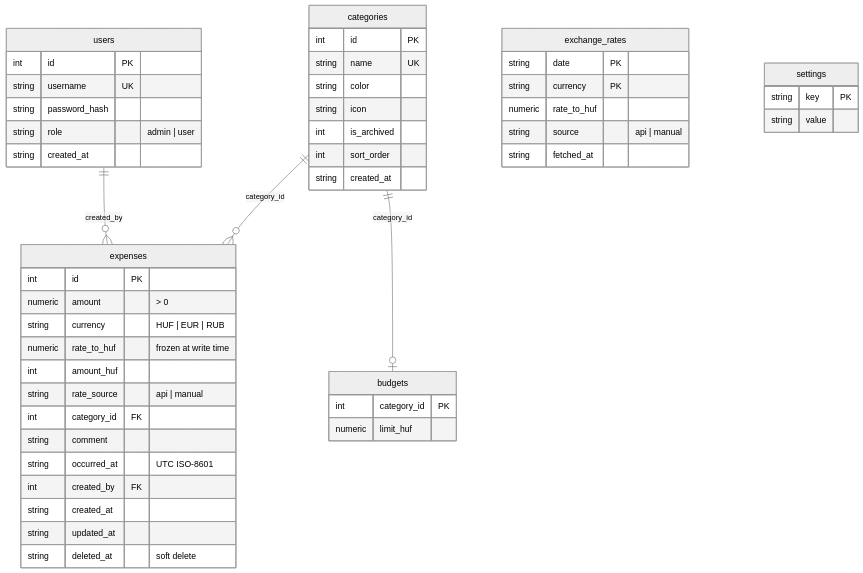
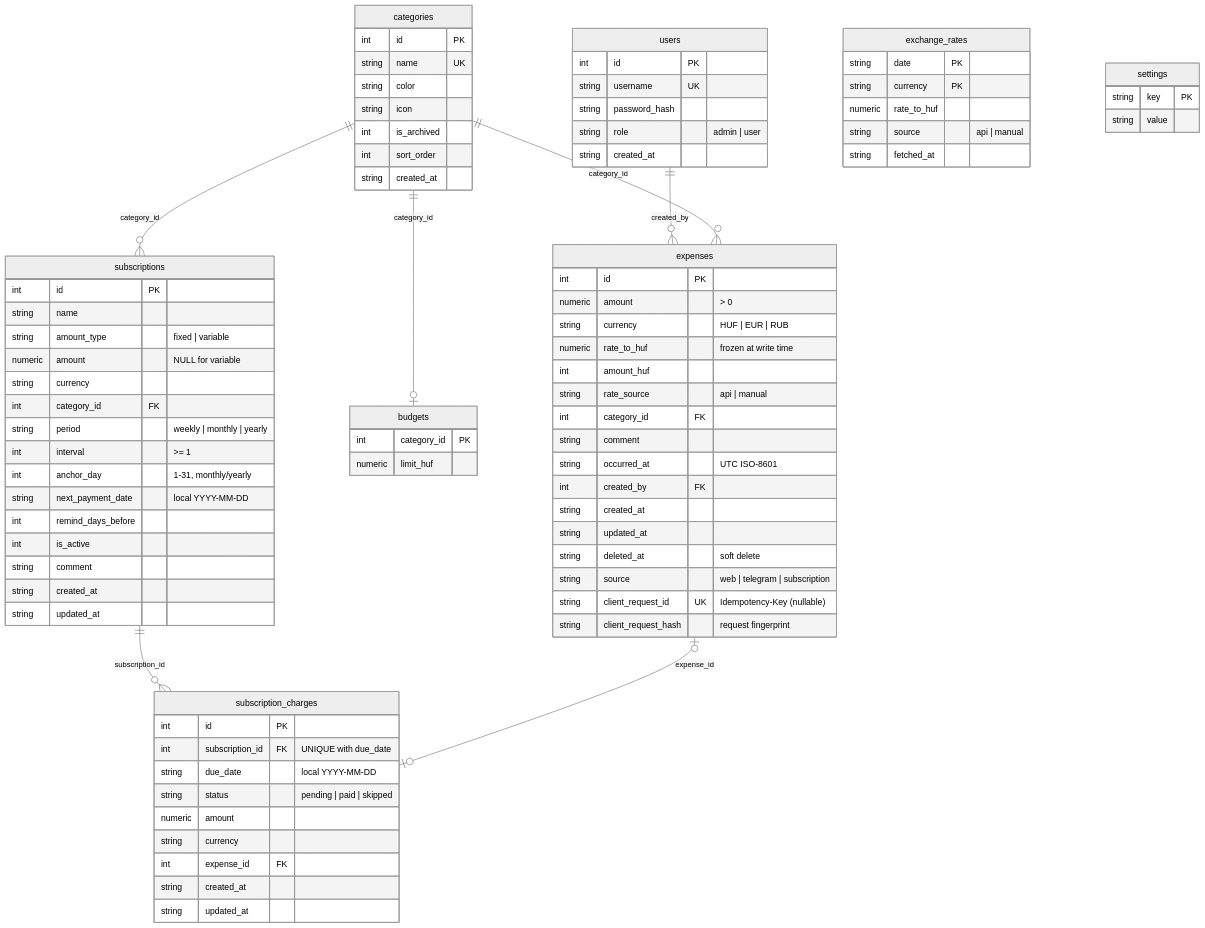
The third of 3 diagrams in docs/ARCHITECTURE.md (z1ec/VAV-finance-tracker), drawn with Mermaid (neutral theme) before and after one commit. The commit also changed other lines of this file and 15 other files, not shown here.

```diff
--- a/docs/ARCHITECTURE.md
+++ b/docs/ARCHITECTURE.md
@@ -48,6 +77,9 @@
     users ||--o{ expenses : "created_by"
     categories ||--o{ expenses : "category_id"
     categories ||--o| budgets : "category_id"
+    categories ||--o{ subscriptions : "category_id"
+    subscriptions ||--o{ subscription_charges : "subscription_id"
+    expenses |o--o| subscription_charges : "expense_id"
     users {
         int id PK
         string username UK
@@ -78,6 +110,37 @@
         string created_at
         string updated_at
         string deleted_at "soft delete"
+        string source "web | telegram | subscription"
+        string client_request_id UK "Idempotency-Key (nullable)"
+        string client_request_hash "request fingerprint"
+    }
+    subscriptions {
+        int id PK
+        string name
+        string amount_type "fixed | variable"
+        numeric amount "NULL for variable"
+        string currency
+        int category_id FK
+        string period "weekly | monthly | yearly"
+        int interval ">= 1"
+        int anchor_day "1-31, monthly/yearly"
+        string next_payment_date "local YYYY-MM-DD"
+        int remind_days_before
+        int is_active
+        string comment
+        string created_at
+        string updated_at
+    }
+    subscription_charges {
+        int id PK
+        int subscription_id FK "UNIQUE with due_date"
+        string due_date "local YYYY-MM-DD"
+        string status "pending | paid | skipped"
+        numeric amount
+        string currency
+        int expense_id FK
+        string created_at
+        string updated_at
     }
     exchange_rates {
         string date PK
```
